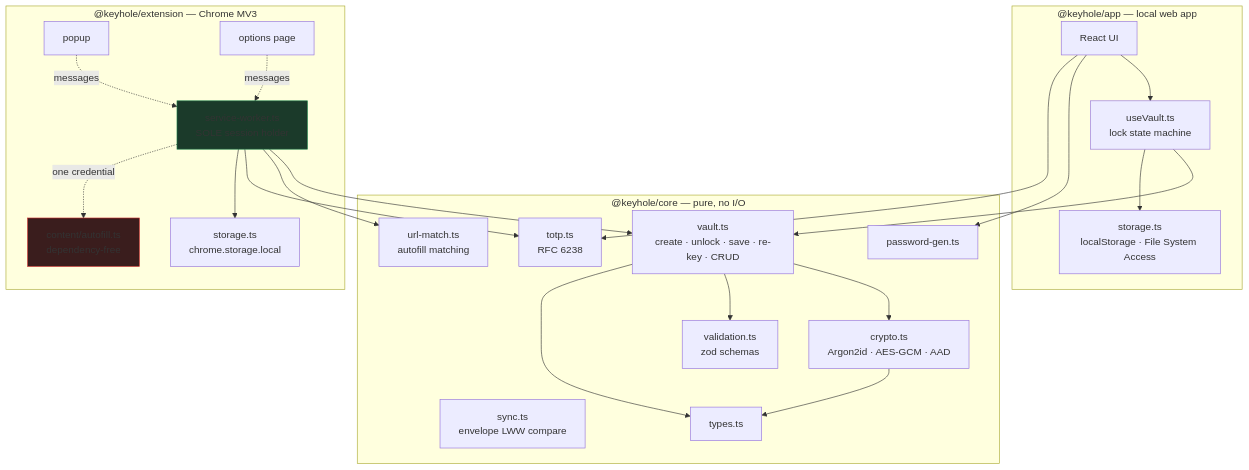
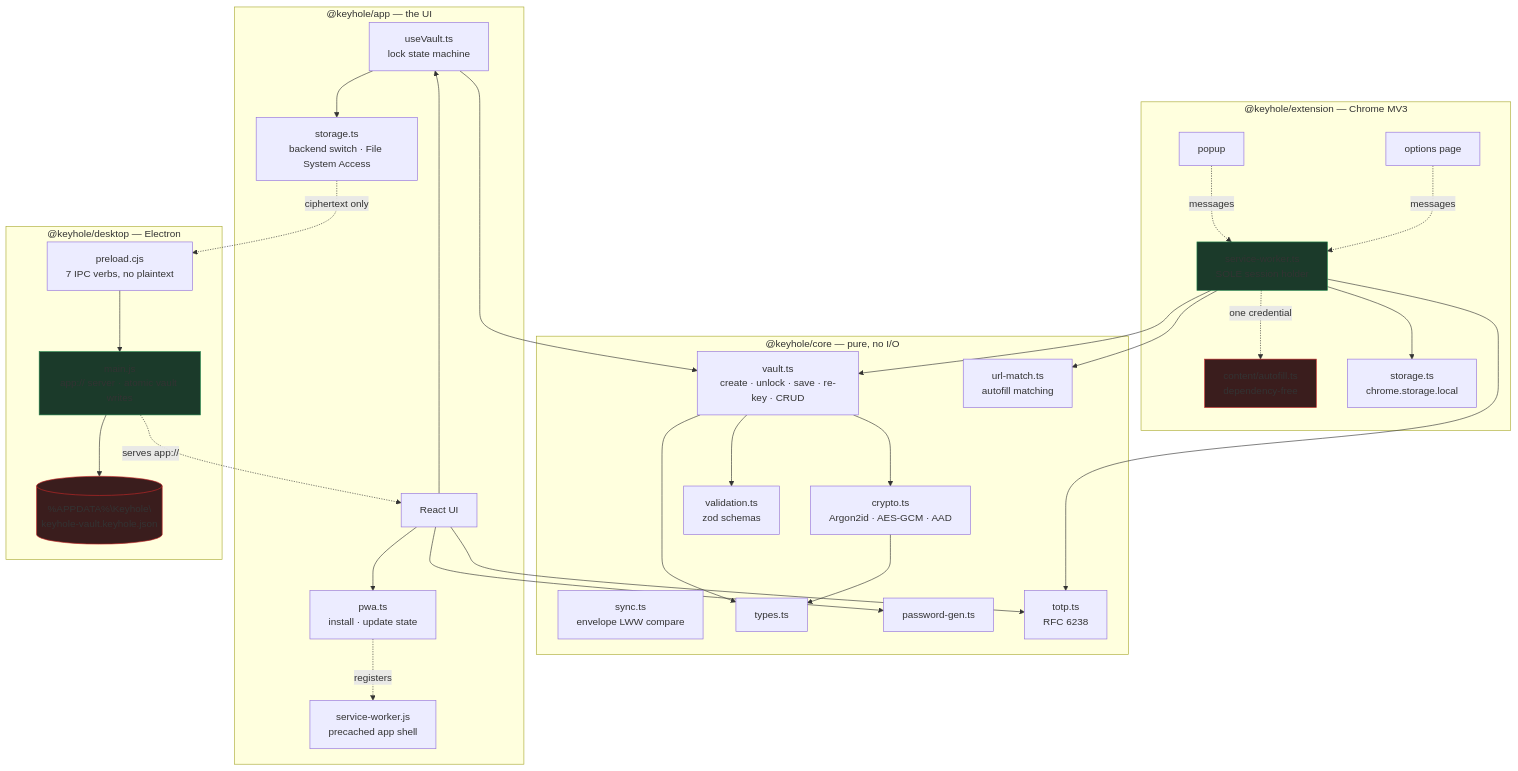
One commit to m1hung/KeyHole changed the first of 6 diagrams in ARCHITECTURE.md. Above: the diagram before and after it, drawn with Mermaid. The commit also changed other lines of this file and 34 other files, not shown here.

First line of the commit message:
Add native desktop app (Electron portable .exe) and installable web app

````diff
--- a/ARCHITECTURE.md
+++ b/ARCHITECTURE.md
@@ -5,49 +5,66 @@
 ```mermaid
 graph TD
   subgraph core["@keyhole/core — pure, no I/O"]
     crypto["crypto.ts<br/>Argon2id · AES-GCM · AAD"]
     vault["vault.ts<br/>create · unlock · save · re-key · CRUD"]
     sync["sync.ts<br/>envelope LWW compare"]
     types["types.ts"]
     validation["validation.ts<br/>zod schemas"]
     gen["password-gen.ts"]
     urlmatch["url-match.ts<br/>autofill matching"]
     totp["totp.ts<br/>RFC 6238"]
   end
 
-  subgraph app["@keyhole/app — local web app"]
+  subgraph app["@keyhole/app — the UI"]
     useVault["useVault.ts<br/>lock state machine"]
-    appStorage["storage.ts<br/>localStorage · File System Access"]
+    appStorage["storage.ts<br/>backend switch · File System Access"]
     appUI["React UI"]
+    pwa["pwa.ts<br/>install · update state"]
+    shell["service-worker.js<br/>precached app shell"]
+  end
+
+  subgraph desktop["@keyhole/desktop — Electron"]
+    main["main.js<br/>app:// server · atomic vault writes"]
+    preload["preload.cjs<br/>7 IPC verbs, no plaintext"]
+    vaultFile[("%APPDATA%\Keyhole\<br/>keyhole-vault.keyhole.json")]
   end
 
   subgraph ext["@keyhole/extension — Chrome MV3"]
     sw["service-worker.ts<br/>SOLE session holder"]
     popup["popup"]
     options["options page"]
     content["content/autofill.ts<br/>dependency-free"]
     extStorage["storage.ts<br/>chrome.storage.local"]
   end
 
   vault --> crypto
   vault --> validation
   vault --> types
   crypto --> types
 
   useVault --> vault
   useVault --> appStorage
   appUI --> useVault
   appUI --> gen
   appUI --> totp
+  appUI --> pwa
+  pwa -.registers.-> shell
+
+  appStorage -.ciphertext only.-> preload
+  preload --> main
+  main --> vaultFile
+  main -.serves app:// .-> appUI
 
   sw --> vault
   sw --> urlmatch
   sw --> totp
   sw --> extStorage
   popup -.messages.-> sw
   options -.messages.-> sw
   sw -.one credential.-> content
 
   style content fill:#3a1d1d,stroke:#c62828
   style sw fill:#1b3a2a,stroke:#1b7f47
+  style main fill:#1b3a2a,stroke:#1b7f47
+  style vaultFile fill:#3a1d1d,stroke:#c62828
 ```
````
